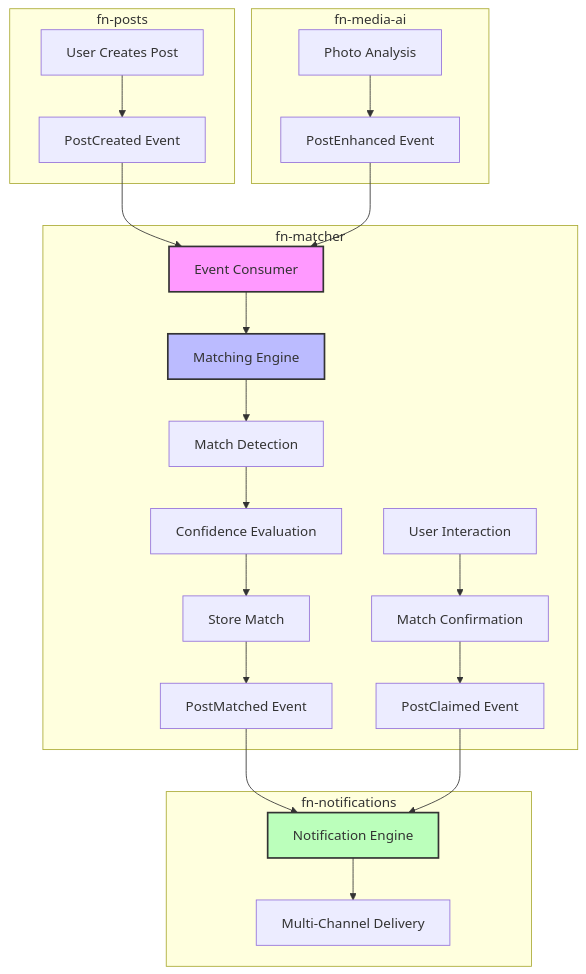
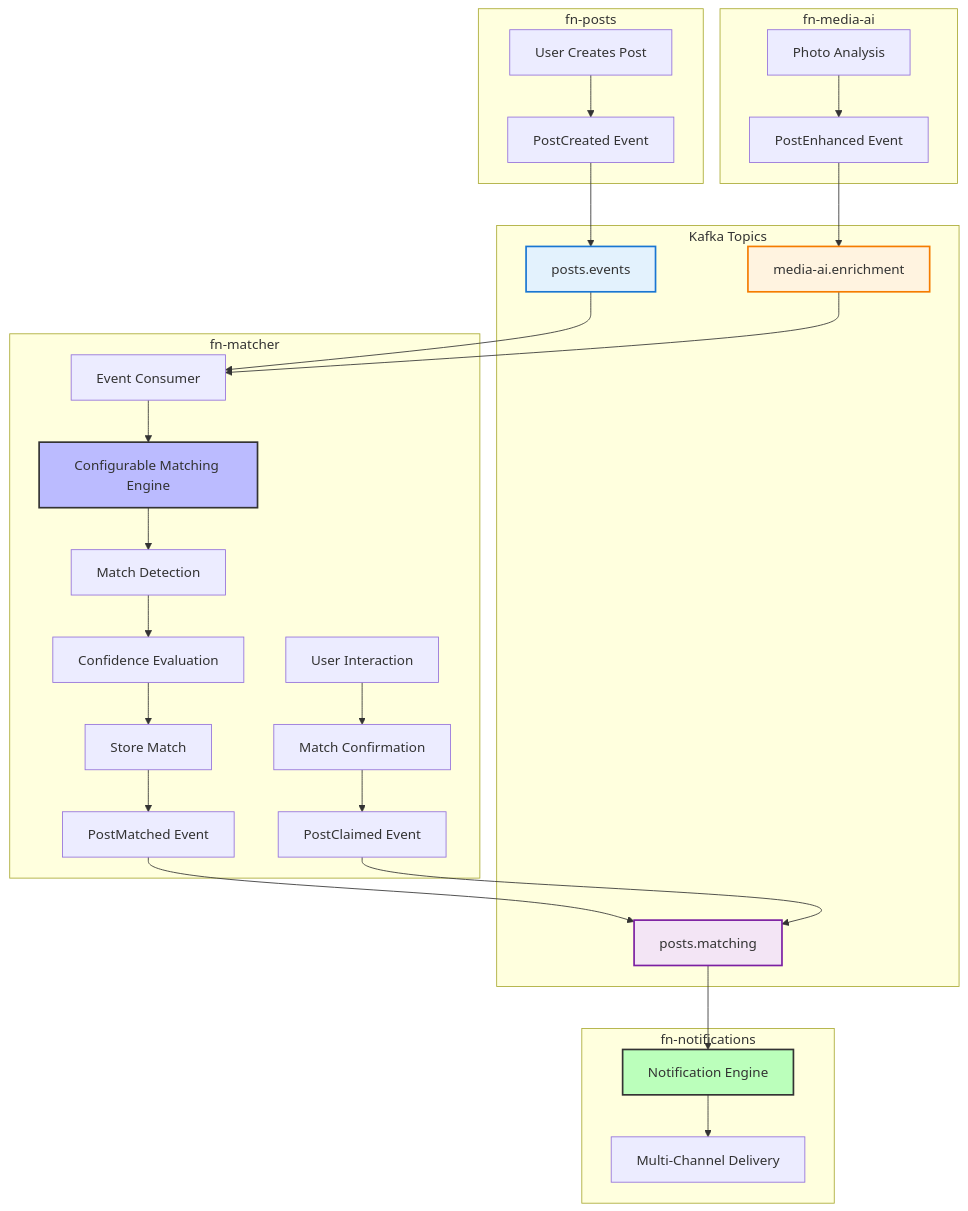
The sixth of 10 diagrams in matcher/service-interaction-diagrams.md (findly-now/fn-docs), drawn with Mermaid before and after one commit. The commit also changed other lines of this file and 10 other files, not shown here.

First line of the commit message:
docs: Comprehensive architecture documentation and troubleshooting guides

````diff
--- a/matcher/service-interaction-diagrams.md
+++ b/matcher/service-interaction-diagrams.md
@@ -192,34 +209,45 @@
 ```mermaid
 graph TD
     subgraph "fn-posts"
         A[User Creates Post] --> B[PostCreated Event]
     end
 
+    subgraph "Kafka Topics"
+        C["posts.events"]
+        D["media-ai.enrichment"]
+        E["posts.matching"]
+    end
+
     subgraph "fn-media-ai"
-        C[Photo Analysis] --> D[PostEnhanced Event]
+        F[Photo Analysis] --> G[PostEnhanced Event]
     end
 
     subgraph "fn-matcher"
-        E[Event Consumer] --> F[Matching Engine]
-        F --> G[Match Detection]
-        G --> H[Confidence Evaluation]
-        H --> I[Store Match]
-        I --> J[PostMatched Event]
+        H[Event Consumer] --> I[Configurable Matching Engine]
+        I --> J[Match Detection]
+        J --> K[Confidence Evaluation]
+        K --> L[Store Match]
+        L --> M[PostMatched Event]
 
-        K[User Interaction] --> L[Match Confirmation]
-        L --> M[PostClaimed Event]
+        N[User Interaction] --> O[Match Confirmation]
+        O --> P[PostClaimed Event]
     end
 
     subgraph "fn-notifications"
-        N[Notification Engine] --> O[Multi-Channel Delivery]
+        Q[Notification Engine] --> R[Multi-Channel Delivery]
     end
 
-    B --> E
-    D --> E
-    J --> N
-    M --> N
+    B --> C
+    C --> H
+    G --> D
+    D --> H
+    M --> E
+    P --> E
+    E --> Q
 
-    style E fill:#f9f,stroke:#333,stroke-width:2px
-    style F fill:#bbf,stroke:#333,stroke-width:2px
-    style N fill:#bfb,stroke:#333,stroke-width:2px
+    style C fill:#e3f2fd,stroke:#1976d2,stroke-width:2px
+    style D fill:#fff3e0,stroke:#f57c00,stroke-width:2px
+    style E fill:#f3e5f5,stroke:#7b1fa2,stroke-width:2px
+    style I fill:#bbf,stroke:#333,stroke-width:2px
+    style Q fill:#bfb,stroke:#333,stroke-width:2px
 ```
````
